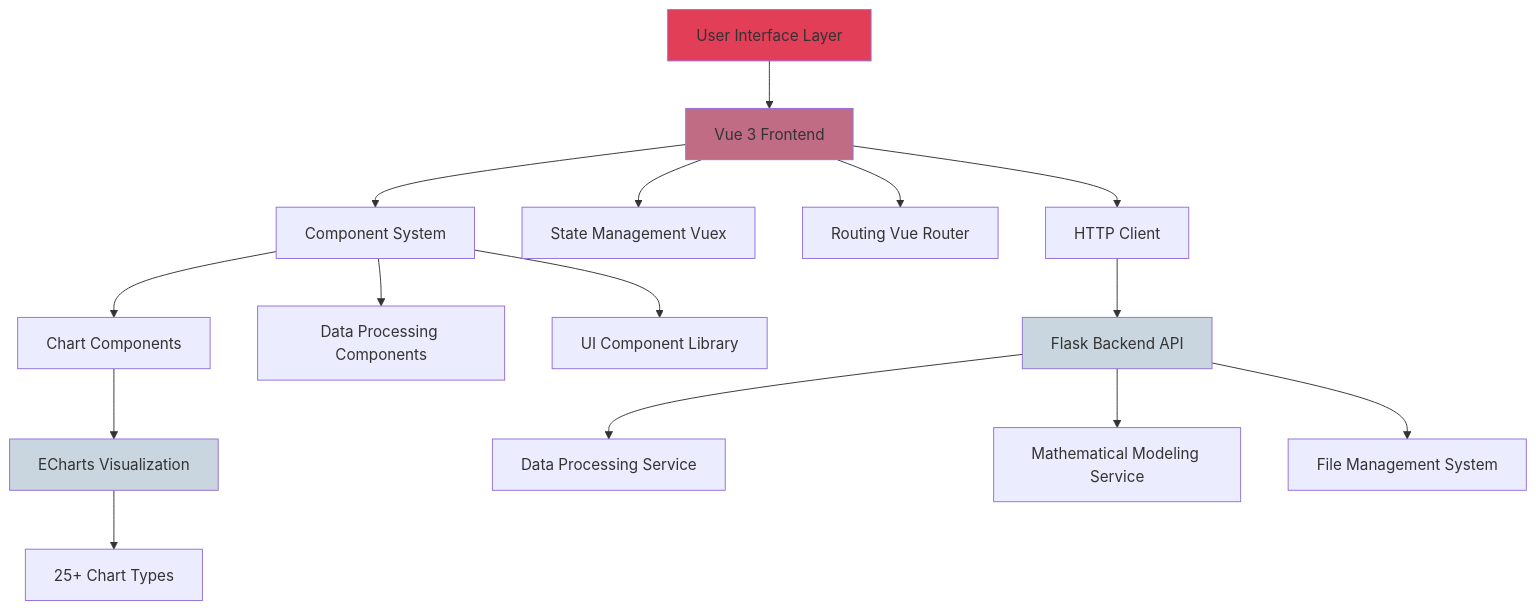
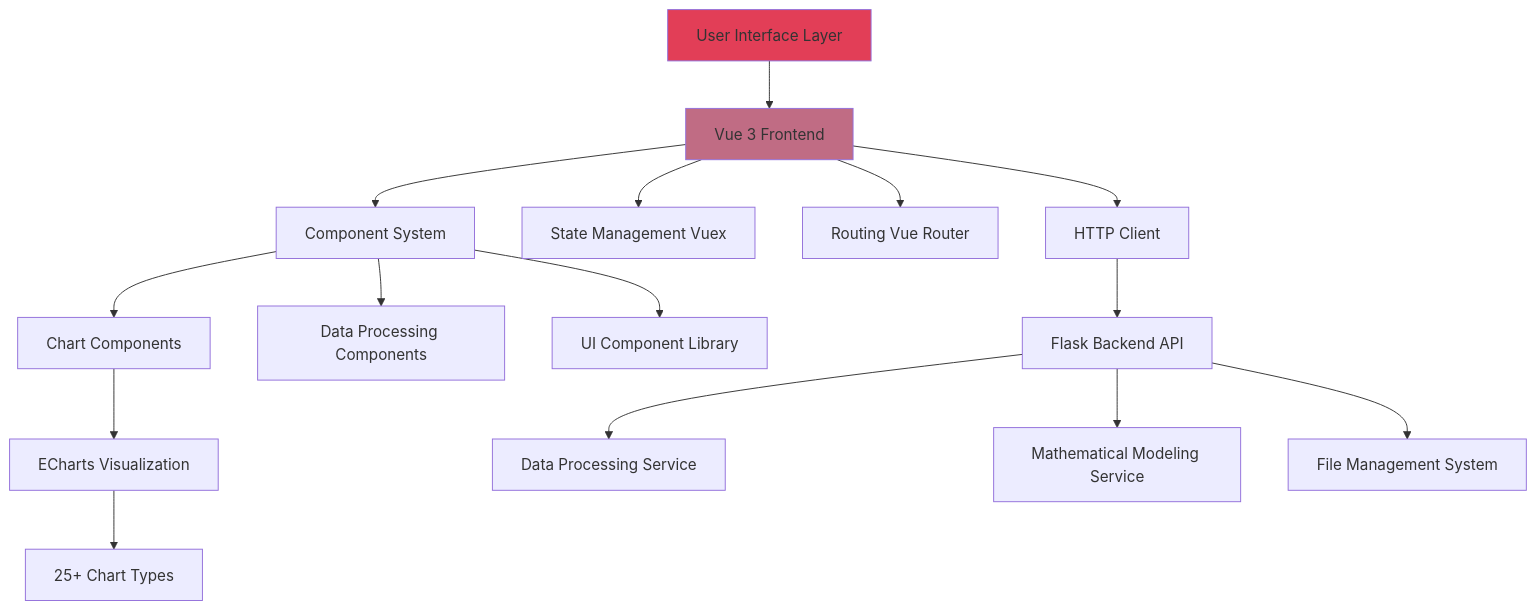
The diagram in README.md (TiiJeiJ8/AetherLab), drawn with Mermaid before and after one commit.

````diff
--- a/README.md
+++ b/README.md
@@ -11,26 +11,24 @@
 ```mermaid
 graph TB
     A[User Interface Layer] --> B[Vue 3 Frontend]
     B --> C[Component System]
     B --> D[State Management Vuex]
     B --> E[Routing Vue Router]
     
     C --> F[Chart Components]
     C --> G[Data Processing Components]
     C --> H[UI Component Library]
     
     F --> I[ECharts Visualization]
     I --> J[25+ Chart Types]
     
     B --> K[HTTP Client]
     K --> L[Flask Backend API]
     L --> M[Data Processing Service]
     L --> N[Mathematical Modeling Service]
     L --> O[File Management System]
     
     style A fill:#e23e57
     style B fill:#c06c84
-    style I fill:#c9d6df
-    style L fill:#c9d6df
 
 ```
````
